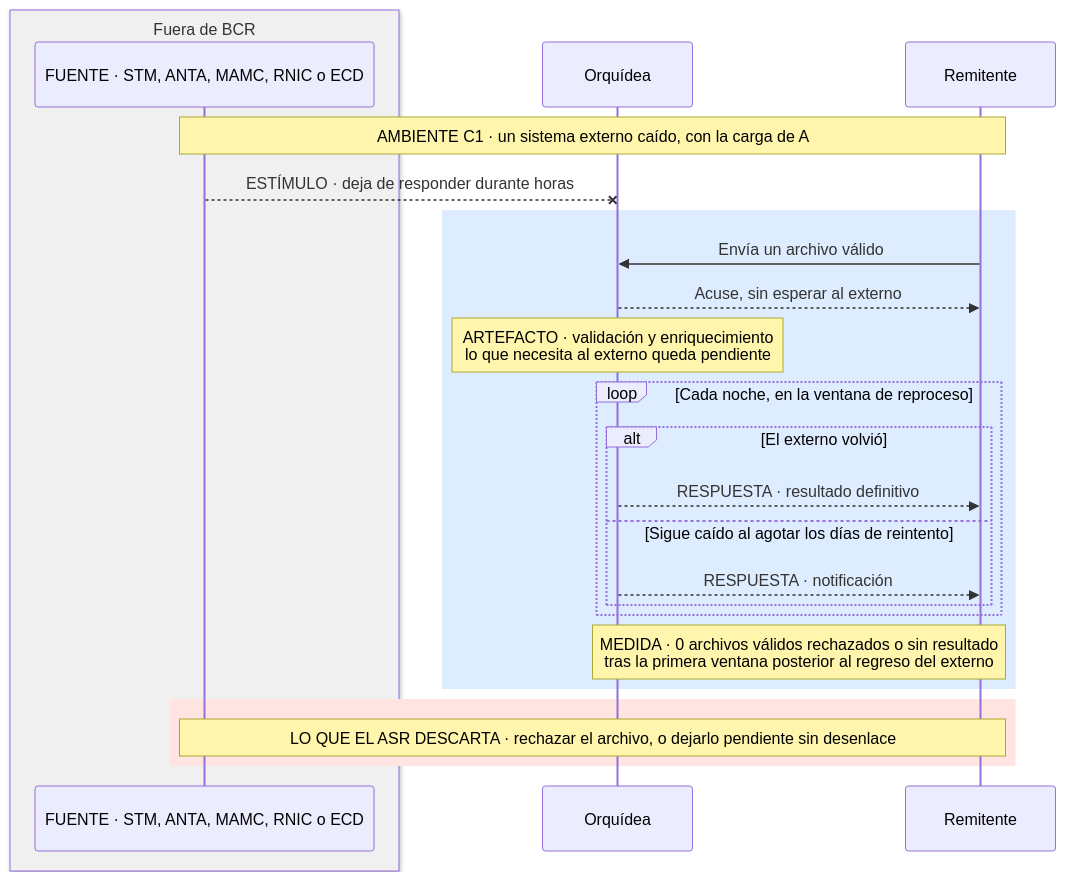
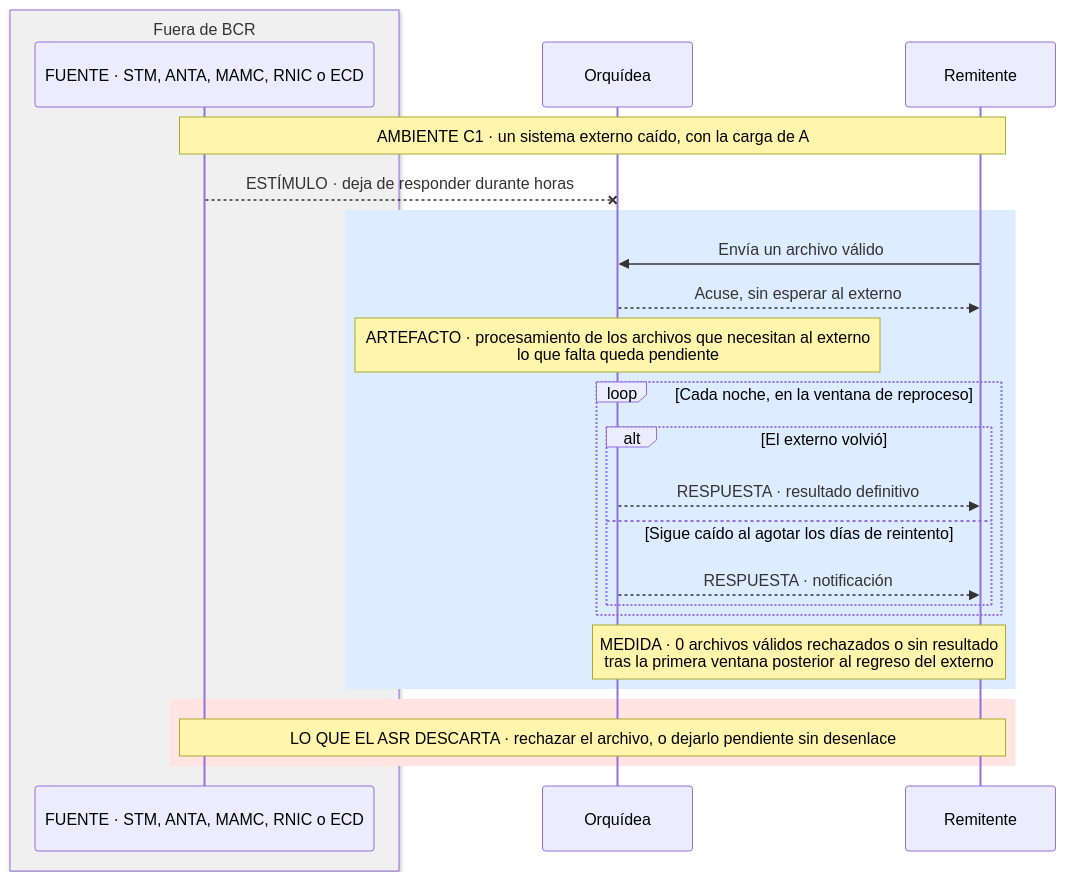
Before and after one commit to MATI-MBIT/arqsoft-reto-4: the first of 17 diagrams in docs/quality-attributes.md, drawn with Mermaid. The commit also changed other lines of this file and 1 other file, not shown here.

Commit message:
D01: artefacto como el procesamiento de los archivos que necesitan al sistema caído

````diff
--- a/docs/quality-attributes.md
+++ b/docs/quality-attributes.md
@@ -174,26 +174,26 @@
 ```mermaid
 sequenceDiagram
     box rgb(240,240,240) Fuera de BCR
     participant X as FUENTE · STM, ANTA, MAMC, RNIC o ECD
     end
     participant O as Orquídea
     participant R as Remitente
     Note over X,R: AMBIENTE C1 · un sistema externo caído, con la carga de A
     X--xO: ESTÍMULO · deja de responder durante horas
     rect rgb(222, 236, 255)
     R->>O: Envía un archivo válido
     O-->>R: Acuse, sin esperar al externo
-    Note over O: ARTEFACTO · validación y enriquecimiento<br/>lo que necesita al externo queda pendiente
+    Note over O: ARTEFACTO · procesamiento de los archivos que necesitan al externo<br/>lo que falta queda pendiente
     loop Cada noche, en la ventana de reproceso
         alt El externo volvió
             O-->>R: RESPUESTA · resultado definitivo
         else Sigue caído al agotar los días de reintento
             O-->>R: RESPUESTA · notificación
         end
     end
     Note over O,R: MEDIDA · 0 archivos válidos rechazados o sin resultado<br/>tras la primera ventana posterior al regreso del externo
     end
     rect rgb(255, 228, 225)
     Note over X,R: LO QUE EL ASR DESCARTA · rechazar el archivo, o dejarlo pendiente sin desenlace
     end
 ```
````
